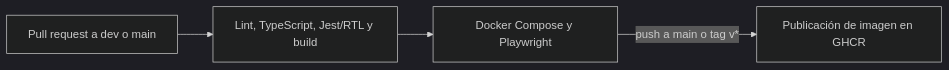
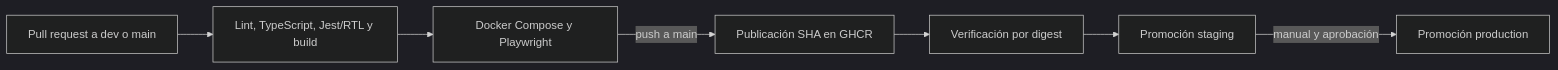
Before and after one commit to FMAT-Restaurant/Menu-Frontend: the diagram in ci-cd/pipeline-design.md, drawn with Mermaid (dark theme). The commit also changed other lines of this file and 9 other files, not shown here.

````diff
--- a/ci-cd/pipeline-design.md
+++ b/ci-cd/pipeline-design.md
@@ -9,6 +9,9 @@
 ```mermaid
 flowchart LR
   PR[Pull request a dev o main] --> Q[Lint, TypeScript, Jest/RTL y build]
   Q --> E[Docker Compose y Playwright]
-  E -->|push a main o tag v*| G[Publicación de imagen en GHCR]
+  E -->|push a main| G[Publicación SHA en GHCR]
+  G --> V[Verificación por digest]
+  V --> S[Promoción staging]
+  S -->|manual y aprobación| P[Promoción production]
 ```
````
